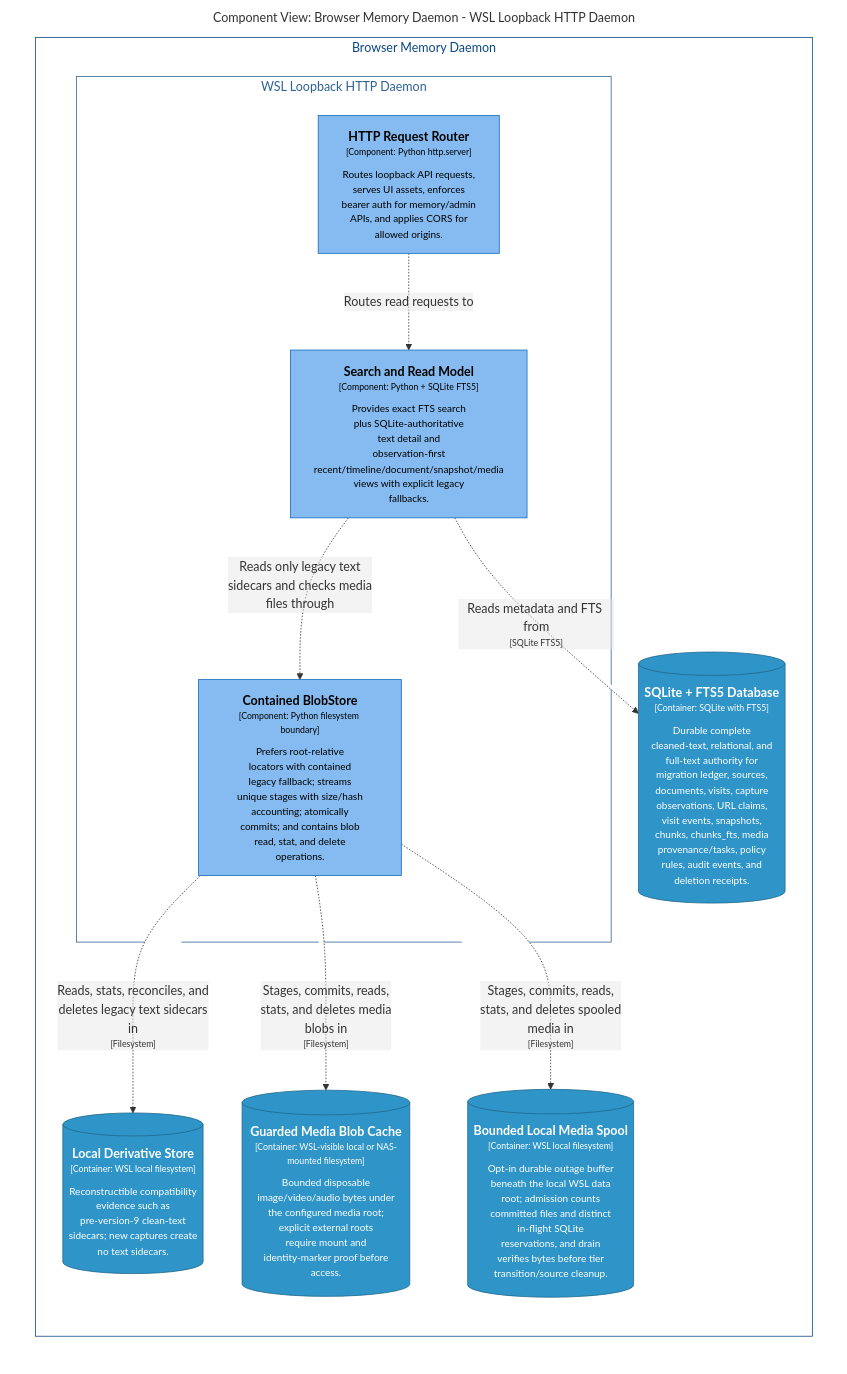
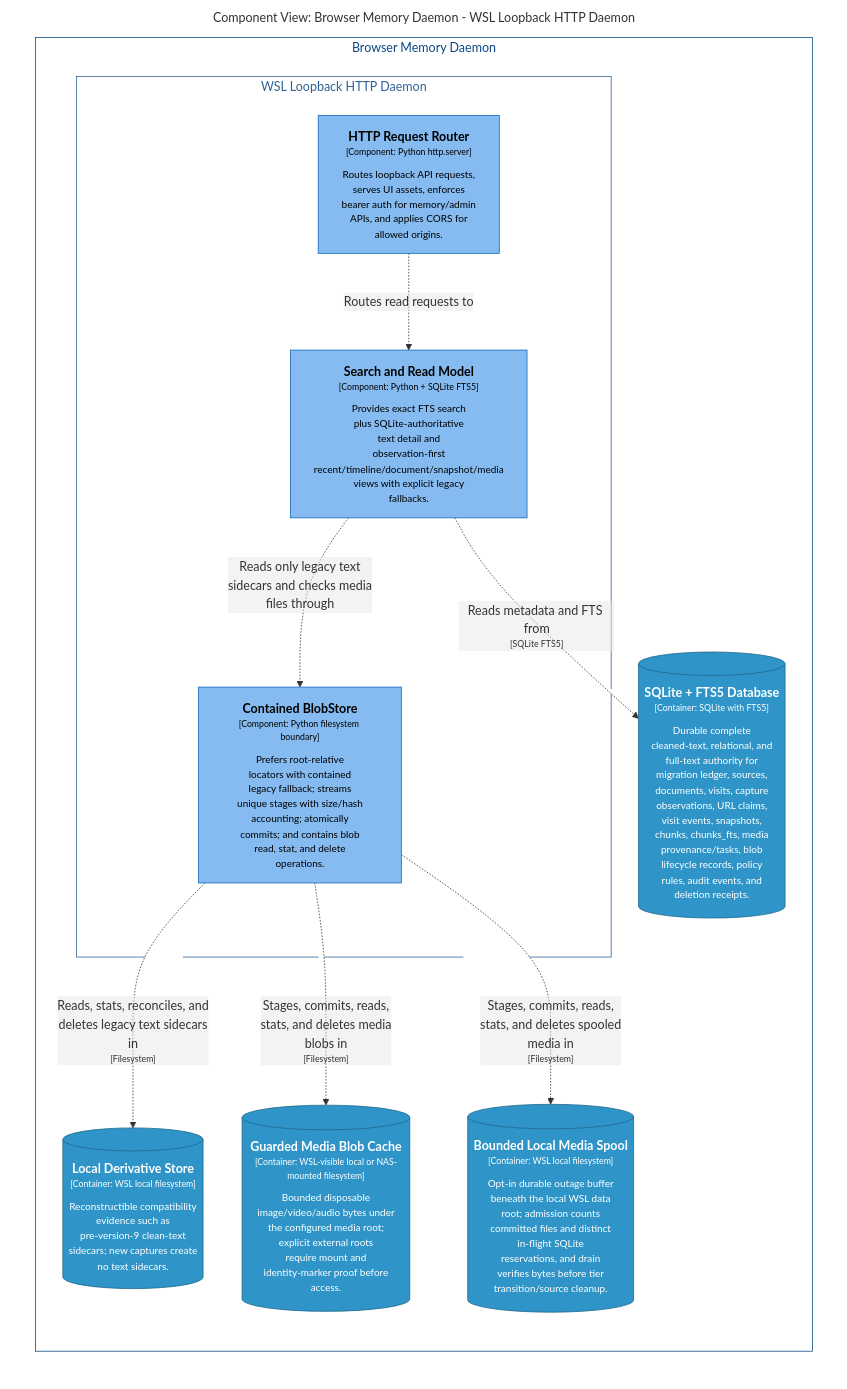
The diagram in docs/architecture/diagrams/markdown/DaemonReadComponents.md (michaelnicks0/browser-memory-daemon), drawn with Mermaid before and after one commit. The commit also changed 201 other files, not shown here.

````diff
--- a/docs/architecture/diagrams/markdown/DaemonReadComponents.md
+++ b/docs/architecture/diagrams/markdown/DaemonReadComponents.md
@@ -16,40 +16,40 @@
 ```mermaid
 graph LR
   linkStyle default fill:#ffffff
 
   subgraph diagram ["Component View: Browser Memory Daemon - WSL Loopback HTTP Daemon"]
     style diagram fill:#ffffff,stroke:#ffffff
 
     subgraph 4 ["Browser Memory Daemon"]
       style 4 fill:#ffffff,stroke:#0b4884,color:#0b4884
 
       subgraph 14 ["WSL Loopback HTTP Daemon"]
         style 14 fill:#ffffff,stroke:#2e6295,color:#2e6295
 
         15["<div style='font-weight: bold'>HTTP Request Router</div><div style='font-size: 70%; margin-top: 0px'>[Component: Python http.server]</div><div style='font-size: 80%; margin-top:10px'>Routes loopback API requests,<br />serves UI assets, enforces<br />bearer auth for memory/admin<br />APIs, and applies CORS for<br />allowed origins.</div>"]
         style 15 fill:#85bbf0,stroke:#1168bd,color:#000000
         22["<div style='font-weight: bold'>Contained BlobStore</div><div style='font-size: 70%; margin-top: 0px'>[Component: Python filesystem boundary]</div><div style='font-size: 80%; margin-top:10px'>Prefers root-relative<br />locators with contained<br />legacy fallback; streams<br />unique stages with size/hash<br />accounting; atomically<br />commits; and contains blob<br />read, stat, and delete<br />operations.</div>"]
         style 22 fill:#85bbf0,stroke:#1168bd,color:#000000
-        23["<div style='font-weight: bold'>Search and Read Model</div><div style='font-size: 70%; margin-top: 0px'>[Component: Python + SQLite FTS5]</div><div style='font-size: 80%; margin-top:10px'>Provides exact FTS search<br />plus SQLite-authoritative<br />text detail and<br />observation-first<br />recent/timeline/document/snapshot/media<br />views with explicit legacy<br />fallbacks.</div>"]
-        style 23 fill:#85bbf0,stroke:#1168bd,color:#000000
+        24["<div style='font-weight: bold'>Search and Read Model</div><div style='font-size: 70%; margin-top: 0px'>[Component: Python + SQLite FTS5]</div><div style='font-size: 80%; margin-top:10px'>Provides exact FTS search<br />plus SQLite-authoritative<br />text detail and<br />observation-first<br />recent/timeline/document/snapshot/media<br />views with explicit legacy<br />fallbacks.</div>"]
+        style 24 fill:#85bbf0,stroke:#1168bd,color:#000000
       end
 
-      29[("<div style='font-weight: bold'>SQLite + FTS5 Database</div><div style='font-size: 70%; margin-top: 0px'>[Container: SQLite with FTS5]</div><div style='font-size: 80%; margin-top:10px'>Durable complete<br />cleaned-text, relational, and<br />full-text authority for<br />migration ledger, sources,<br />documents, visits, capture<br />observations, URL claims,<br />visit events, snapshots,<br />chunks, chunks_fts, media<br />provenance/tasks, policy<br />rules, audit events, and<br />deletion receipts.</div>")]
-      style 29 fill:#2f95c8,stroke:#20688c,color:#ffffff
-      30[("<div style='font-weight: bold'>Local Derivative Store</div><div style='font-size: 70%; margin-top: 0px'>[Container: WSL local filesystem]</div><div style='font-size: 80%; margin-top:10px'>Reconstructible compatibility<br />evidence such as<br />pre-version-9 clean-text<br />sidecars; new captures create<br />no text sidecars.</div>")]
+      30[("<div style='font-weight: bold'>SQLite + FTS5 Database</div><div style='font-size: 70%; margin-top: 0px'>[Container: SQLite with FTS5]</div><div style='font-size: 80%; margin-top:10px'>Durable complete<br />cleaned-text, relational, and<br />full-text authority for<br />migration ledger, sources,<br />documents, visits, capture<br />observations, URL claims,<br />visit events, snapshots,<br />chunks, chunks_fts, media<br />provenance/tasks, blob<br />lifecycle records, policy<br />rules, audit events, and<br />deletion receipts.</div>")]
       style 30 fill:#2f95c8,stroke:#20688c,color:#ffffff
-      31[("<div style='font-weight: bold'>Guarded Media Blob Cache</div><div style='font-size: 70%; margin-top: 0px'>[Container: WSL-visible local or NAS-mounted filesystem]</div><div style='font-size: 80%; margin-top:10px'>Bounded disposable<br />image/video/audio bytes under<br />the configured media root;<br />explicit external roots<br />require mount and<br />identity-marker proof before<br />access.</div>")]
+      31[("<div style='font-weight: bold'>Local Derivative Store</div><div style='font-size: 70%; margin-top: 0px'>[Container: WSL local filesystem]</div><div style='font-size: 80%; margin-top:10px'>Reconstructible compatibility<br />evidence such as<br />pre-version-9 clean-text<br />sidecars; new captures create<br />no text sidecars.</div>")]
       style 31 fill:#2f95c8,stroke:#20688c,color:#ffffff
-      32[("<div style='font-weight: bold'>Bounded Local Media Spool</div><div style='font-size: 70%; margin-top: 0px'>[Container: WSL local filesystem]</div><div style='font-size: 80%; margin-top:10px'>Opt-in durable outage buffer<br />beneath the local WSL data<br />root; admission counts<br />committed files and distinct<br />in-flight SQLite<br />reservations, and drain<br />verifies bytes before tier<br />transition/source cleanup.</div>")]
+      32[("<div style='font-weight: bold'>Guarded Media Blob Cache</div><div style='font-size: 70%; margin-top: 0px'>[Container: WSL-visible local or NAS-mounted filesystem]</div><div style='font-size: 80%; margin-top:10px'>Bounded disposable<br />image/video/audio bytes under<br />the configured media root;<br />explicit external roots<br />require mount and<br />identity-marker proof before<br />access.</div>")]
       style 32 fill:#2f95c8,stroke:#20688c,color:#ffffff
+      33[("<div style='font-weight: bold'>Bounded Local Media Spool</div><div style='font-size: 70%; margin-top: 0px'>[Container: WSL local filesystem]</div><div style='font-size: 80%; margin-top:10px'>Opt-in durable outage buffer<br />beneath the local WSL data<br />root; admission counts<br />committed files and distinct<br />in-flight SQLite<br />reservations, and drain<br />verifies bytes before tier<br />transition/source cleanup.</div>")]
+      style 33 fill:#2f95c8,stroke:#20688c,color:#ffffff
     end
 
-    15-. "<div>Routes read requests to</div><div style='font-size: 70%'></div>" .->23
-    23-. "<div>Reads metadata and FTS from</div><div style='font-size: 70%'>[SQLite FTS5]</div>" .->29
-    23-. "<div>Reads only legacy text<br />sidecars and checks media<br />files through</div><div style='font-size: 70%'></div>" .->22
-    22-. "<div>Reads, stats, reconciles, and<br />deletes legacy text sidecars<br />in</div><div style='font-size: 70%'>[Filesystem]</div>" .->30
-    22-. "<div>Stages, commits, reads,<br />stats, and deletes media<br />blobs in</div><div style='font-size: 70%'>[Filesystem]</div>" .->31
-    22-. "<div>Stages, commits, reads,<br />stats, and deletes spooled<br />media in</div><div style='font-size: 70%'>[Filesystem]</div>" .->32
+    15-. "<div>Routes read requests to</div><div style='font-size: 70%'></div>" .->24
+    24-. "<div>Reads metadata and FTS from</div><div style='font-size: 70%'>[SQLite FTS5]</div>" .->30
+    24-. "<div>Reads only legacy text<br />sidecars and checks media<br />files through</div><div style='font-size: 70%'></div>" .->22
+    22-. "<div>Reads, stats, reconciles, and<br />deletes legacy text sidecars<br />in</div><div style='font-size: 70%'>[Filesystem]</div>" .->31
+    22-. "<div>Stages, commits, reads,<br />stats, and deletes media<br />blobs in</div><div style='font-size: 70%'>[Filesystem]</div>" .->32
+    22-. "<div>Stages, commits, reads,<br />stats, and deletes spooled<br />media in</div><div style='font-size: 70%'>[Filesystem]</div>" .->33
 
   end
 ```
````
